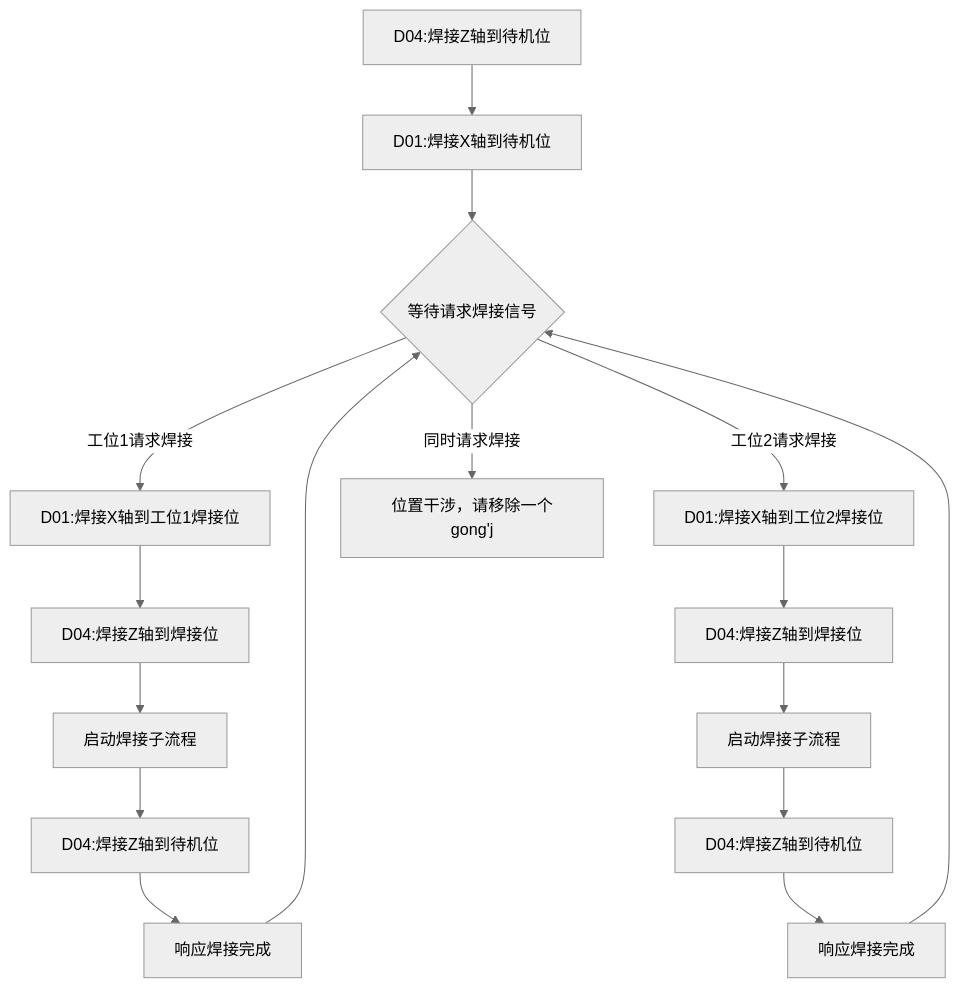
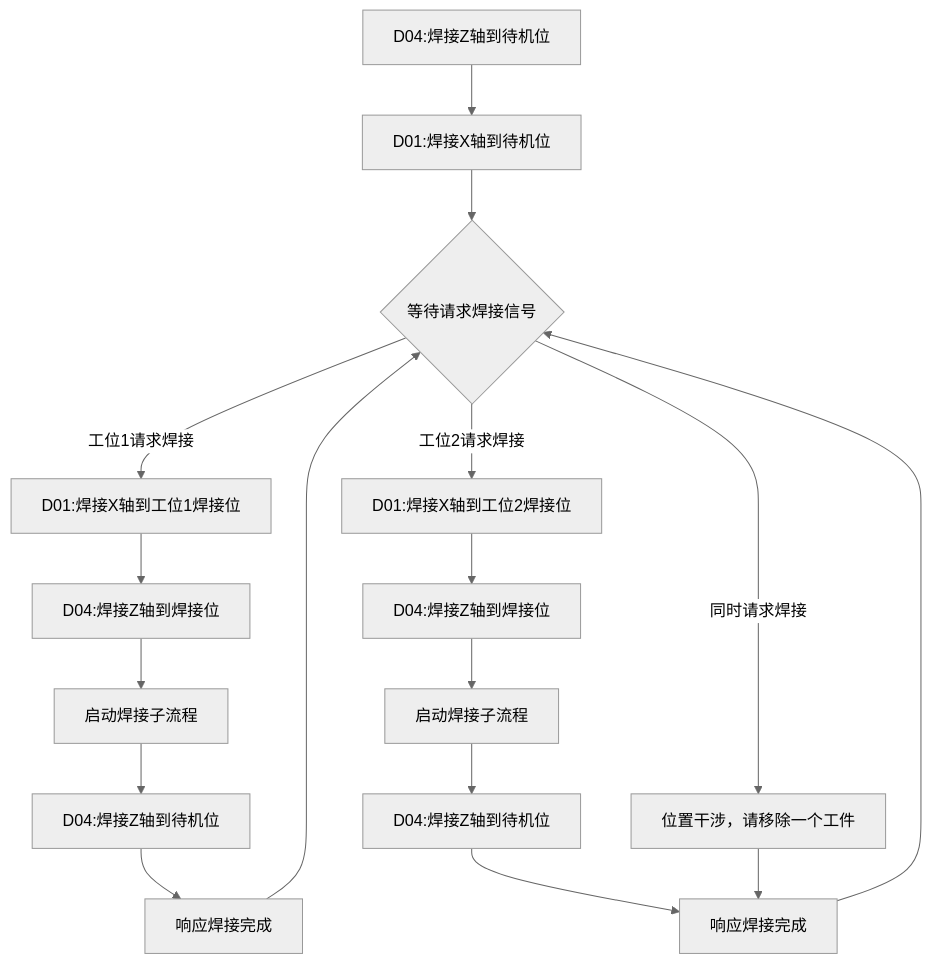
Before and after one commit to PengKun1/iodraw-files: the diagram in all/OP20-1焊接工位自动流程.md, drawn with Mermaid (neutral theme).

Commit message:
2024-08-07 09:08:28 update

````diff
--- a/all/OP20-1焊接工位自动流程.md
+++ b/all/OP20-1焊接工位自动流程.md
@@ -1,19 +1,19 @@
 ```mermaid
 graph TD
 10[D04:焊接Z轴到待机位]-->20
 20[D01:焊接X轴到待机位]-->30
 30{等待请求焊接信号}-->|工位1请求焊接|40
 30-->|工位2请求焊接|100
 30-->|同时请求焊接|900
 40[D01:焊接X轴到工位1焊接位]-->50
 50[D04:焊接Z轴到焊接位]-->60
 60[启动焊接子流程]-->70
 70[D04:焊接Z轴到待机位]-->80
 80[响应焊接完成]-->30
 100[D01:焊接X轴到工位2焊接位]-->110
 110[D04:焊接Z轴到焊接位]-->120
 120[启动焊接子流程]-->130
 130[D04:焊接Z轴到待机位]-->140
 140[响应焊接完成]-->30
-900[位置干涉，请移除一个gong'j]
+900[位置干涉，请移除一个工件]-->140
 ```
````
